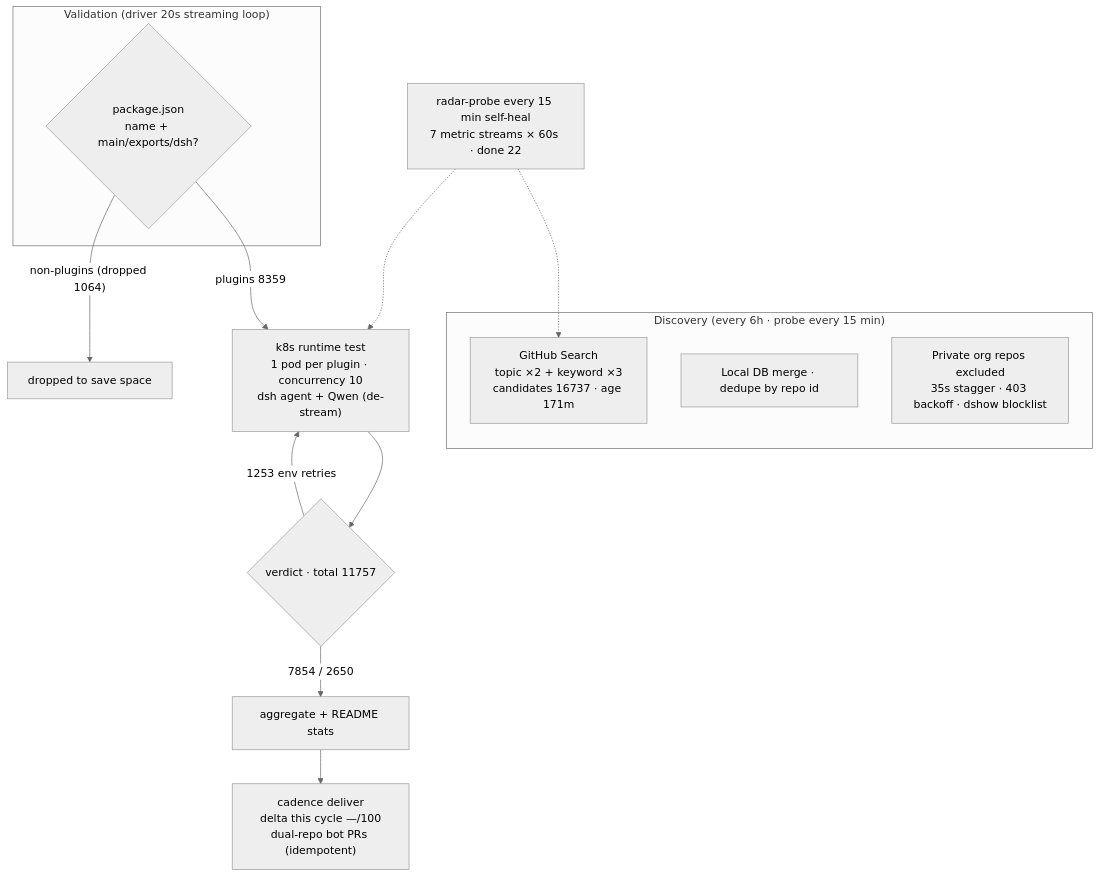
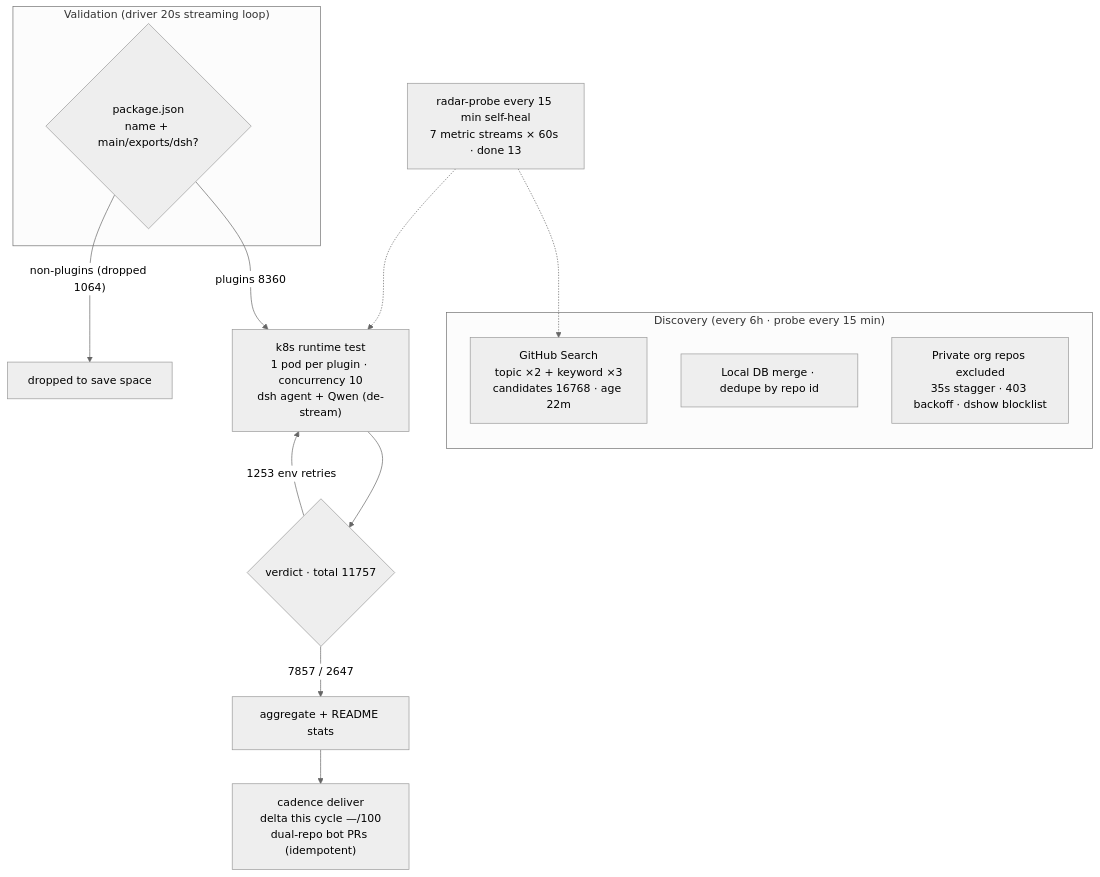
Before and after one commit to AdamPlatin123/awesome-dsh-plugins: the diagram in README.en-US.md, drawn with Mermaid (neutral theme). The commit also changed other lines of this file and 5 other files, not shown here.

````diff
--- a/README.en-US.md
+++ b/README.en-US.md
@@ -45,20 +45,20 @@
 ```mermaid
 flowchart TB
     subgraph Discovery["Discovery (every 6h · probe every 15 min)"]
-        A1["GitHub Search<br/>topic ×2 + keyword ×3<br/>candidates 16737 · age 171m"]
+        A1["GitHub Search<br/>topic ×2 + keyword ×3<br/>candidates 16768 · age 22m"]
         A2["Local DB merge · dedupe by repo id"]
         A3["Private org repos excluded<br/>35s stagger · 403 backoff · dshow blocklist"]
     end
     subgraph Validation["Validation (driver 20s streaming loop)"]
         B1{"package.json<br/>name + main/exports/dsh?"}
     end
-    B1 -->|"plugins 8359"| C1["k8s runtime test<br/>1 pod per plugin · concurrency 10<br/>dsh agent + Qwen (de-stream)"]
+    B1 -->|"plugins 8360"| C1["k8s runtime test<br/>1 pod per plugin · concurrency 10<br/>dsh agent + Qwen (de-stream)"]
     B1 -->|"non-plugins (dropped 1064)"| B3["dropped to save space"]
     C1 --> D1{"verdict · total 11757"}
-    D1 -->|"7854 / 2650"| E1["aggregate + README stats"]
+    D1 -->|"7857 / 2647"| E1["aggregate + README stats"]
     D1 -->|"1253 env retries"| C1
     E1 --> E2["cadence deliver<br/>delta this cycle —/100<br/>dual-repo bot PRs (idempotent)"]
-    M["radar-probe every 15 min self-heal<br/>7 metric streams × 60s · done 22"]
+    M["radar-probe every 15 min self-heal<br/>7 metric streams × 60s · done 13"]
     M -.-> A1
     M -.-> C1
 ```
````
